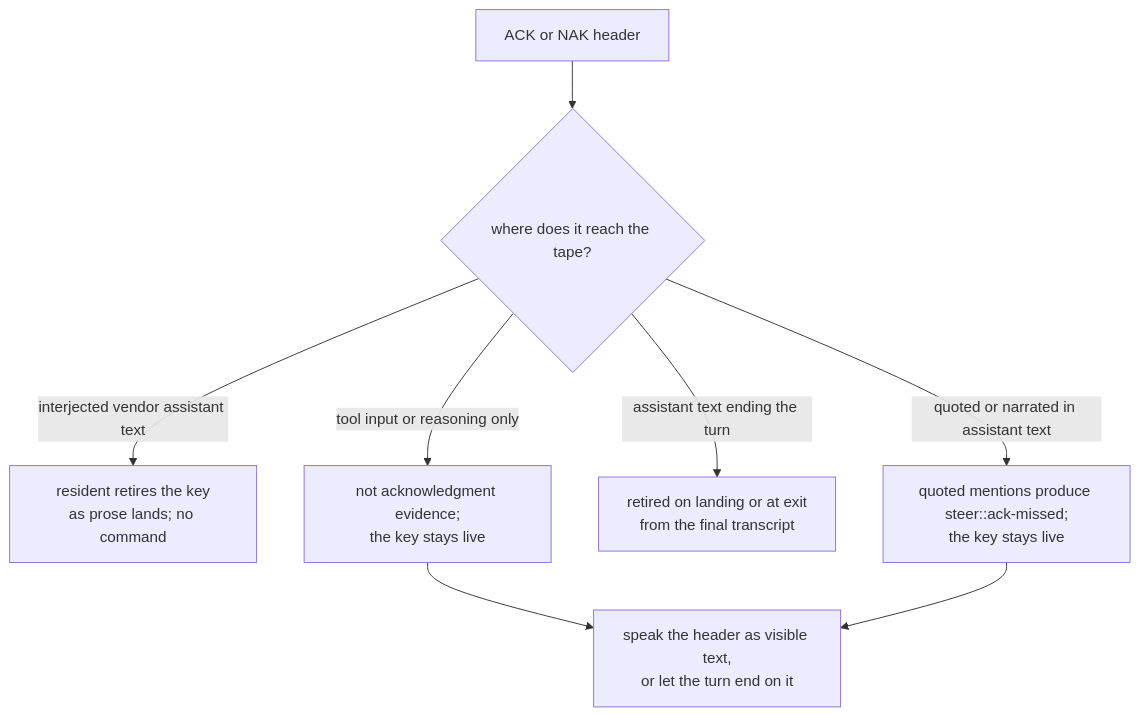
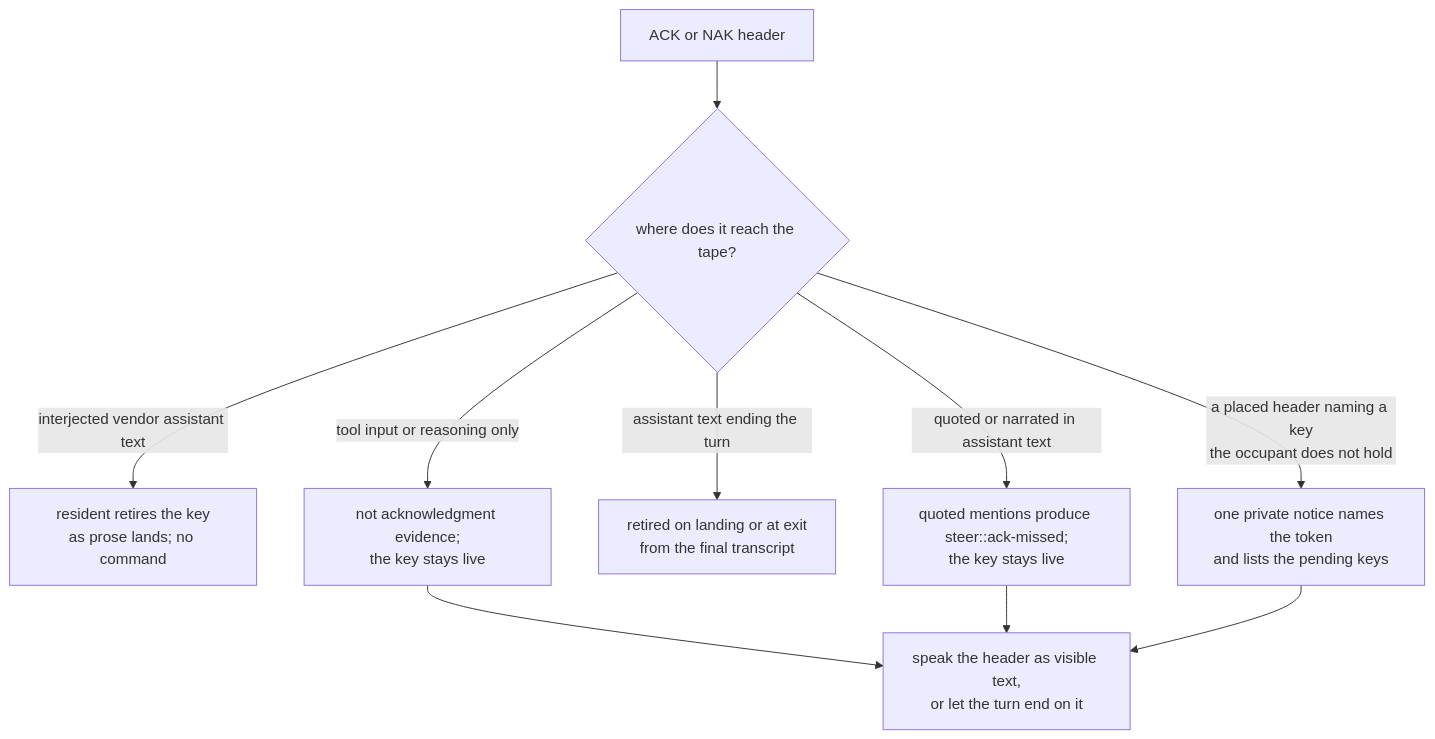
The sixth of 8 diagrams in docs/product/planes/hooks.md (infimalabs/spice-rust), drawn with Mermaid before and after one commit. The commit also changed other lines of this file and 2 other files, not shown here.

First line of the commit message:
steer: Tell an agent when its ACK or NAK header names no pending key ACK-dTttrrHzC

````diff
--- a/docs/product/planes/hooks.md
+++ b/docs/product/planes/hooks.md
@@ -247,10 +247,12 @@
 ```mermaid
 flowchart TD
   H["ACK or NAK header"] --> W{"where does it reach the tape?"}
   W -- "interjected vendor assistant text" --> M["resident retires the key<br/>as prose lands; no command"]
   W -- "tool input or reasoning only" --> A["not acknowledgment evidence;<br/>the key stays live"]
   W -- "assistant text ending the turn" --> X["retired on landing or at exit<br/>from the final transcript"]
   W -- "quoted or narrated in assistant text" --> Q["quoted mentions produce steer::ack-missed;<br/>the key stays live"]
+  W -- "a placed header naming a key<br/>the occupant does not hold" --> U["one private notice names the token<br/>and lists the pending keys"]
   A --> N["speak the header as visible text,<br/>or let the turn end on it"]
   Q --> N
+  U --> N
 ```
````
